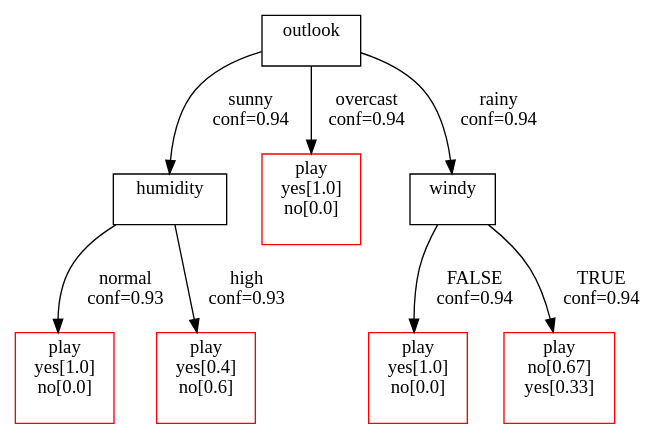
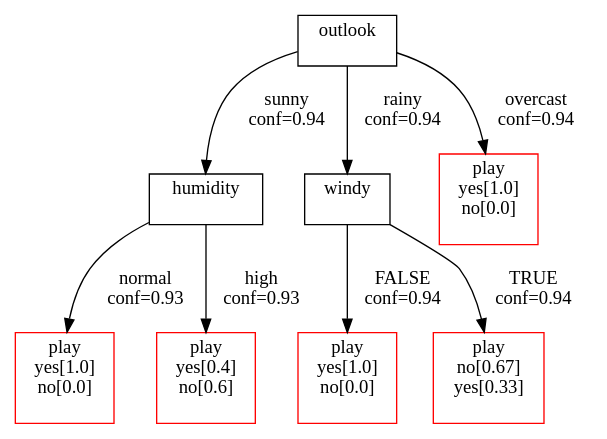
One commit to sbobek/pyuid3 changed the diagram in src/test.gv. Above: the diagram before and after it, drawn with Graphviz. The commit also changed 17 other files, not shown here.

```diff
--- a/src/test.gv
+++ b/src/test.gv
@@ -1,35 +1,35 @@
 digraph mediationTree{
-8775802756997[label=" outlook
- ",shape=box, color=black]8775802756997->8775802783163[label="sunny
+8773404659881[label=" outlook
+ ",shape=box, color=black]8773404659881->8773404678093[label="sunny
  conf=0.94 "]
-8775802783163[label=" humidity
- ",shape=box, color=black]8775802783163->8775802783142[label="normal
+8773404678093[label=" humidity
+ ",shape=box, color=black]8773404678093->8773404678048[label="normal
  conf=0.93 "]
-8775802783142[label=" play
+8773404678048[label=" play
 yes[1.0]
 no[0.0]
- ",shape=box, color=red]8775802783163->8775802783184[label="high
+ ",shape=box, color=red]8773404678093->8773404678042[label="high
  conf=0.93 "]
-8775802783184[label=" play
+8773404678042[label=" play
 yes[0.4]
 no[0.6]
- ",shape=box, color=red]8775802756997->8775802783010[label="overcast
+ ",shape=box, color=red]8773404659881->8773404677895[label="rainy
  conf=0.94 "]
-8775802783010[label=" play
+8773404677895[label=" windy
+ ",shape=box, color=black]8773404677895->8773404676744[label="FALSE
+ conf=0.94 "]
+8773404676744[label=" play
 yes[1.0]
 no[0.0]
- ",shape=box, color=red]8775802756997->8775802783133[label="rainy
+ ",shape=box, color=red]8773404677895->8773404678000[label="TRUE
  conf=0.94 "]
-8775802783133[label=" windy
- ",shape=box, color=black]8775802783133->8775802770068[label="FALSE
+8773404678000[label=" play
+no[0.67]
+yes[0.33]
+ ",shape=box, color=red]8773404659881->8773404678075[label="overcast
  conf=0.94 "]
-8775802770068[label=" play
+8773404678075[label=" play
 yes[1.0]
 no[0.0]
- ",shape=box, color=red]8775802783133->8775802770158[label="TRUE
- conf=0.94 "]
-8775802770158[label=" play
-no[0.67]
-yes[0.33]
  ",shape=box, color=red]
 }
```
